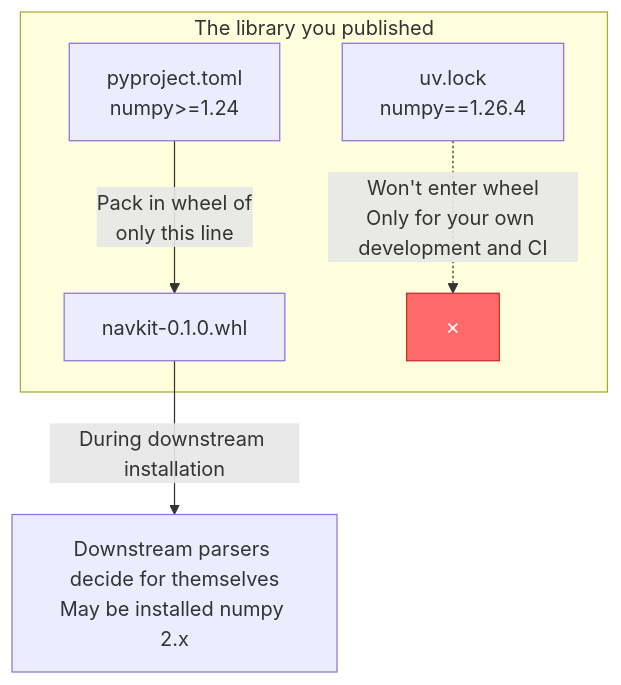
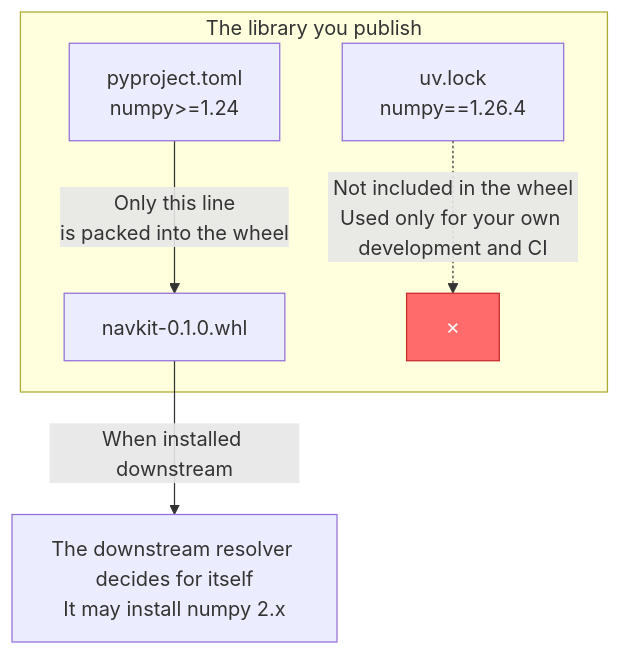
One commit to TingdeLiu/tingdeliu.github.io changed the fifth of 22 diagrams in _translations/en/research/Python-Engineering-Survey.md. Above: the diagram before and after it, drawn with Mermaid. The commit also changed other lines of this file and 51 other files, not shown here.

````diff
--- a/_translations/en/research/Python-Engineering-Survey.md
+++ b/_translations/en/research/Python-Engineering-Survey.md
@@ -322,9 +322,9 @@
 ```mermaid
 flowchart TB
-    subgraph LIB["The library you published"]
-        PY["pyproject.toml<br/>numpy&gt;=1.24"] -->|"Pack in wheel of<br/>only this line"| W["navkit-0.1.0.whl"]
-        LOCK["uv.lock<br/>numpy==1.26.4"] -.->|"Won't enter wheel<br/>Only for your own development and CI"| X["✗"]
+    subgraph LIB["The library you publish"]
+        PY["pyproject.toml<br/>numpy&gt;=1.24"] -->|"Only this line<br/>is packed into the wheel"| W["navkit-0.1.0.whl"]
+        LOCK["uv.lock<br/>numpy==1.26.4"] -.->|"Not included in the wheel<br/>Used only for your own development and CI"| X["✗"]
     end
-    W -->|"During downstream installation"| D["Downstream parsers decide for themselves<br/>May be installed numpy 2.x"]
+    W -->|"When installed downstream"| D["The downstream resolver decides for itself<br/>It may install numpy 2.x"]
     style X fill:#ff6b6b,stroke:#c92a2a,color:#fff
 ```
````
